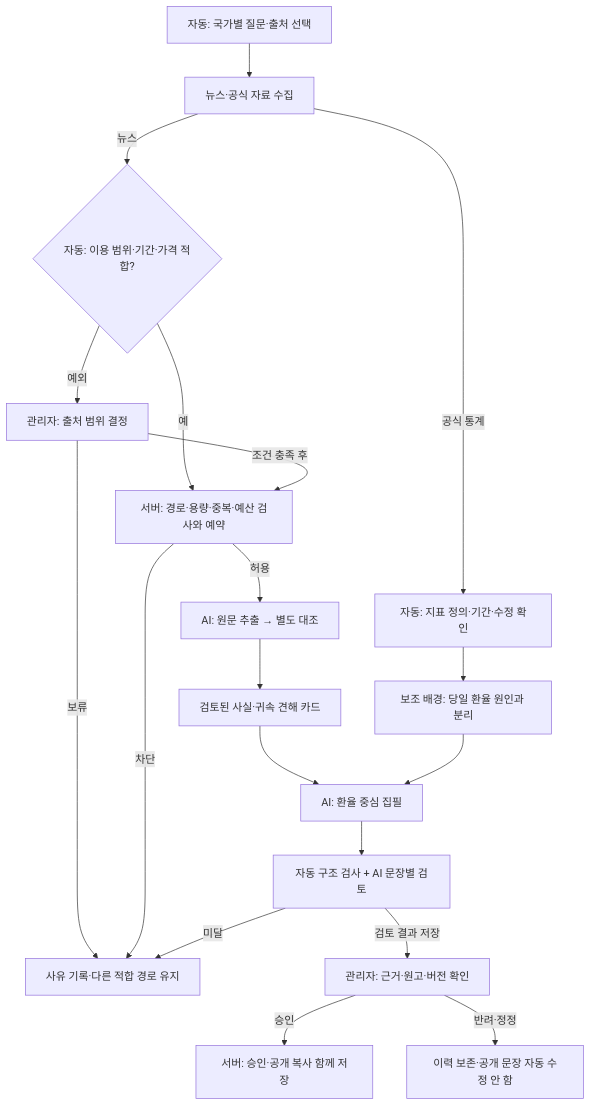
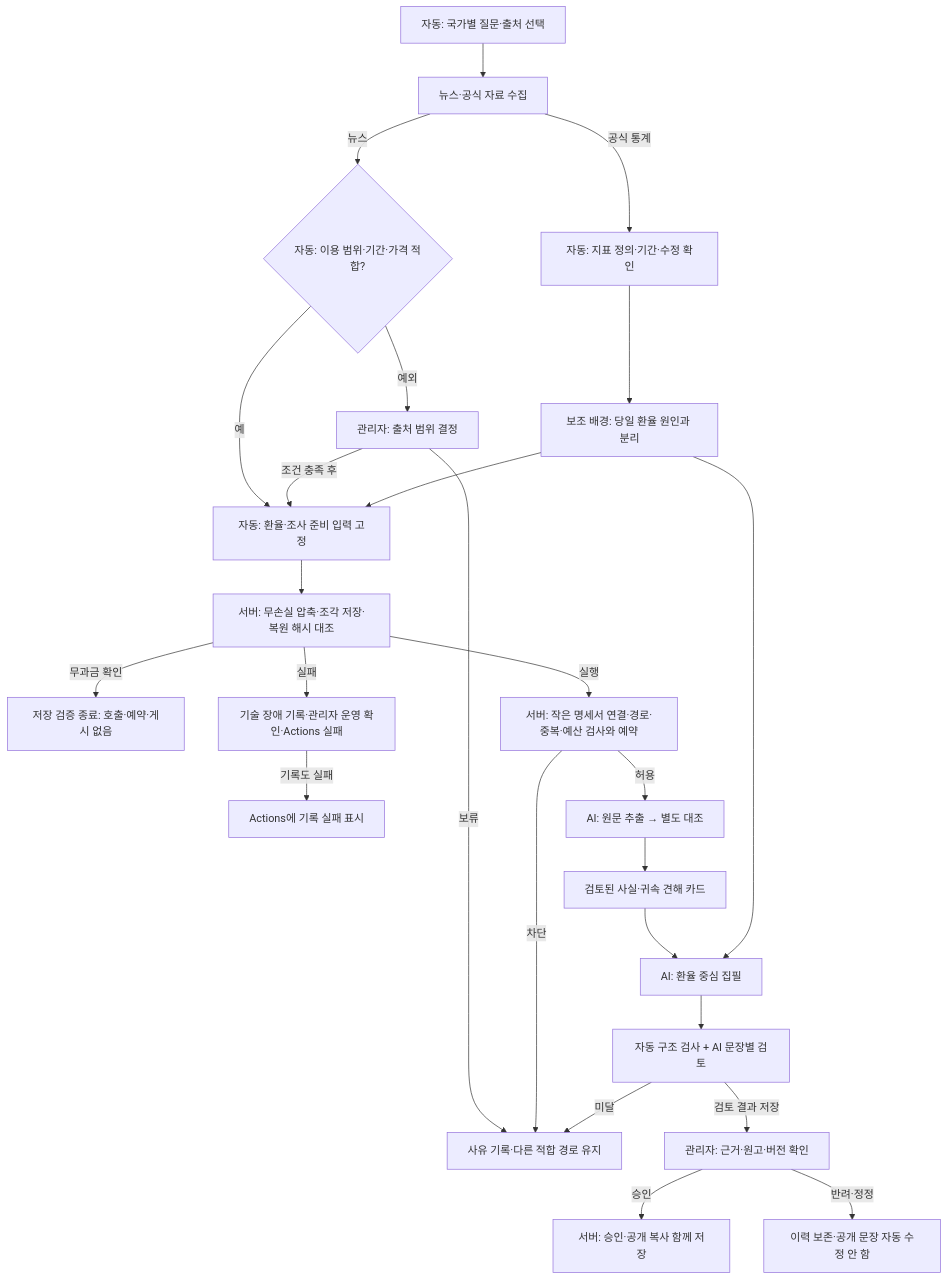
The diagram in docs/guide/diagrams/05-production.mmd (erleri/congenial-octo-garbanzo), drawn with Mermaid before and after one commit. The commit also changed 64 other files, not shown here.

```diff
--- a/docs/guide/diagrams/05-production.mmd
+++ b/docs/guide/diagrams/05-production.mmd
@@ -1,23 +1,29 @@
 flowchart TD
   PLAN[자동: 국가별 질문·출처 선택] --> COLLECT[뉴스·공식 자료 수집]
   COLLECT -->|뉴스| SCOPE{자동: 이용 범위·기간·가격 적합?}
-  SCOPE -->|예| GATE[서버: 경로·용량·중복·예산 검사와 예약]
+  SCOPE -->|예| INPUT[자동: 환율·조사 준비 입력 고정]
   SCOPE -->|예외| SOURCE[관리자: 출처 범위 결정]
-  SOURCE -->|조건 충족 후| GATE
+  SOURCE -->|조건 충족 후| INPUT
   SOURCE -->|보류| HOLD[사유 기록·다른 적합 경로 유지]
+  INPUT --> STORE[서버: 무손실 압축·조각 저장·복원 해시 대조]
+  STORE -->|무과금 확인| VERIFIED[저장 검증 종료: 호출·예약·게시 없음]
+  STORE -->|실행| GATE[서버: 작은 명세서 연결·경로·중복·예산 검사와 예약]
+  STORE -->|실패| FAULT[기술 장애 기록·관리자 운영 확인·Actions 실패]
+  FAULT -->|기록도 실패| LOG[Actions에 기록 실패 표시]
   GATE -->|허용| EXTRACT[AI: 원문 추출 → 별도 대조]
   GATE -->|차단| HOLD
   EXTRACT --> CARDS[검토된 사실·귀속 견해 카드]
   COLLECT -->|공식 통계| OFFICIAL[자동: 지표 정의·기간·수정 확인]
   OFFICIAL --> BG[보조 배경: 당일 환율 원인과 분리]
+  BG --> INPUT
   CARDS --> WRITE[AI: 환율 중심 집필]
   BG --> WRITE
   WRITE --> REVIEW[자동 구조 검사 + AI 문장별 검토]
   REVIEW -->|미달| HOLD
   REVIEW -->|검토 결과 저장| ADMIN[관리자: 근거·원고·버전 확인]
   ADMIN -->|승인| PUBLIC[서버: 승인·공개 복사 함께 저장]
   ADMIN -->|반려·정정| HISTORY[이력 보존·공개 문장 자동 수정 안 함]
   classDef normal fill:#edf4f8,stroke:#25465d,color:#162f43;
   classDef decision fill:#fff4d6,stroke:#8a6416,color:#42330e;
   classDef human fill:#e5f3ee,stroke:#19745f,color:#104b3e;
   classDef hold fill:#fceceb,stroke:#a64e45,color:#71302a;
```
